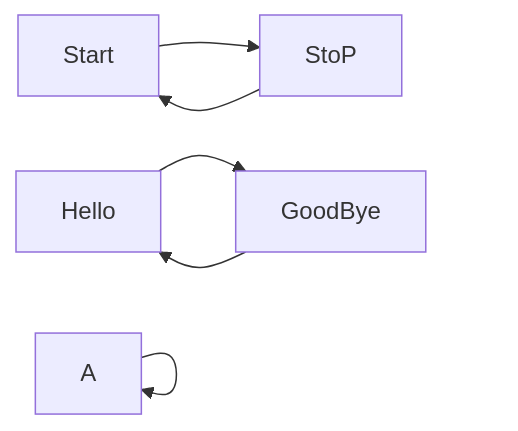
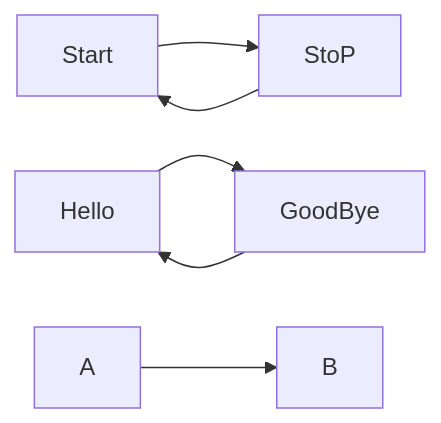
The diagram in README.md (NU-Teams/TEST-MERMAIDJS-ACTION), drawn with Mermaid before and after one commit.

````diff
--- a/README.md
+++ b/README.md
@@ -7,9 +7,9 @@
 ```mermaid
 flowchart LR
     Start --> StoP
     StoP --> Start
     Hello --> GoodBye
     GoodBye --> Hello
-    A --> A
+    A --> B
     
 ```
````
